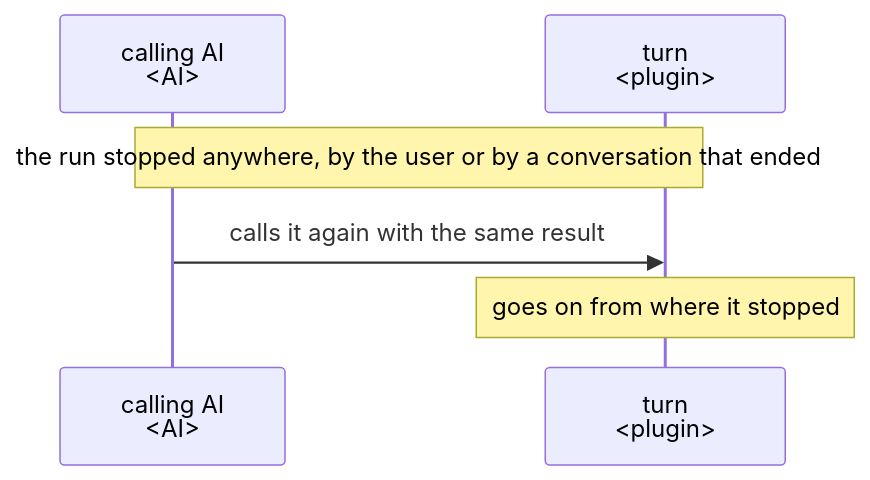
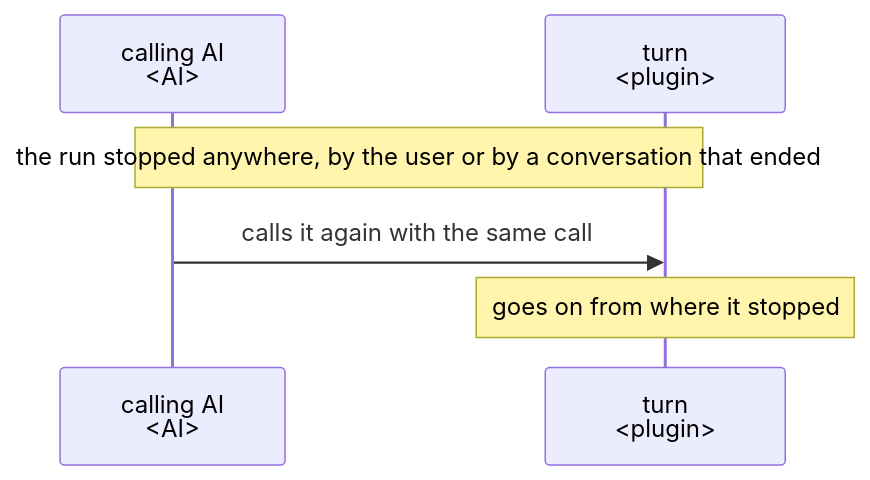
One commit to lovaizu/ccpm changed the fourth of 4 diagrams in dev/turn/ux.md. Above: the diagram before and after it, drawn with Mermaid. The commit also changed other lines of this file and 6 other files, not shown here.

````diff
--- a/dev/turn/ux.md
+++ b/dev/turn/ux.md
@@ -97,8 +96,8 @@
 ```mermaid
 sequenceDiagram
   participant C as calling AI<br/>#lt;AI#gt;
   participant T as turn<br/>#lt;plugin#gt;
   Note over C,T: the run stopped anywhere, by the user or by a conversation that ended
-  C->>T: calls it again with the same result
+  C->>T: calls it again with the same call
   Note over T: goes on from where it stopped
 ```
````
